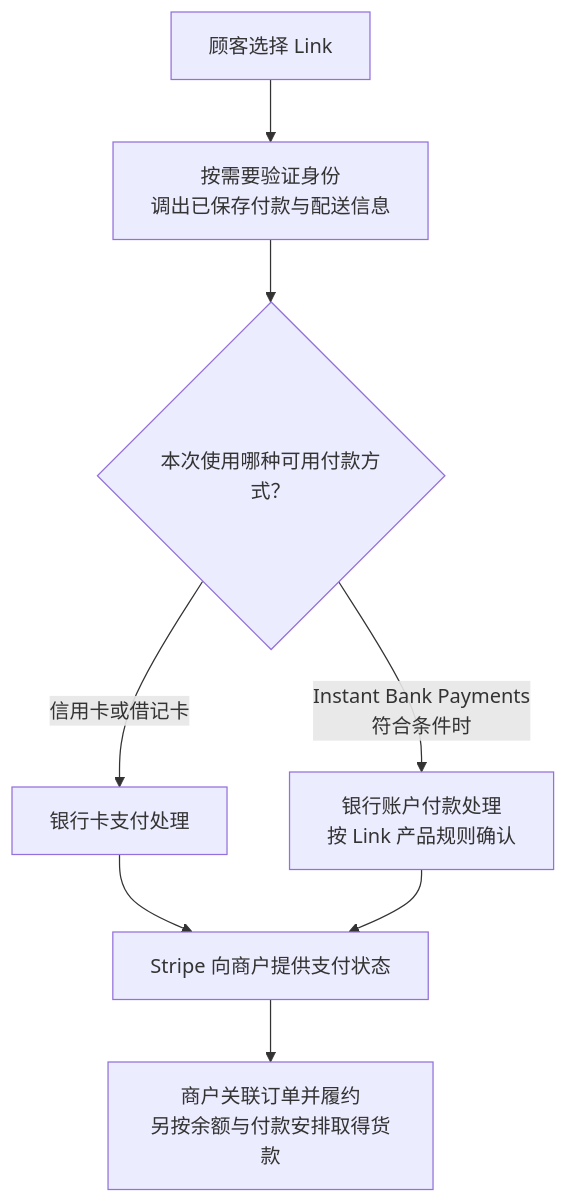
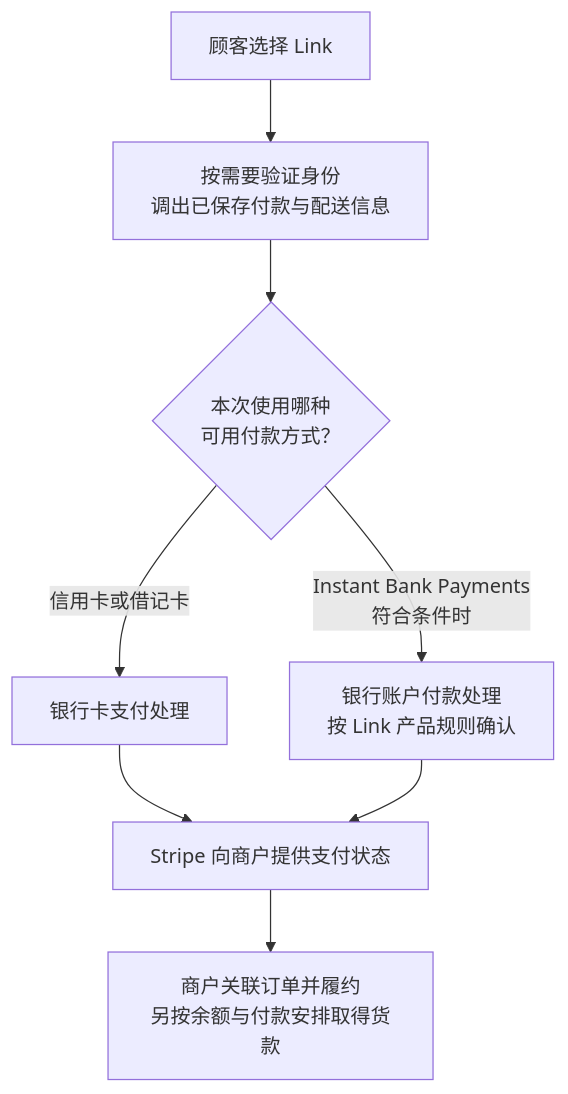
Diagram 23 of 29 in _posts/2026-09-05-交易模型.md (WCY-dt/blog), drawn with Mermaid before and after one commit. The commit also changed other lines of this file, not shown here.

````diff
--- a/_posts/2026-09-05-交易模型.md
+++ b/_posts/2026-09-05-交易模型.md
@@ -1377,10 +1482,10 @@
 ```mermaid
 flowchart TB
     U["顾客选择 Link"] --> ID["按需要验证身份<br/>调出已保存付款与配送信息"]
-    ID --> F{"本次使用哪种可用付款方式？"}
+    ID --> F{"本次使用哪种<br/>可用付款方式？"}
     F -->|"信用卡或借记卡"| C["银行卡支付处理"]
     F -->|"Instant Bank Payments<br/>符合条件时"| B["银行账户付款处理<br/>按 Link 产品规则确认"]
     C --> S["Stripe 向商户提供支付状态"]
     B --> S
     S --> M["商户关联订单并履约<br/>另按余额与付款安排取得货款"]
 ```
````
